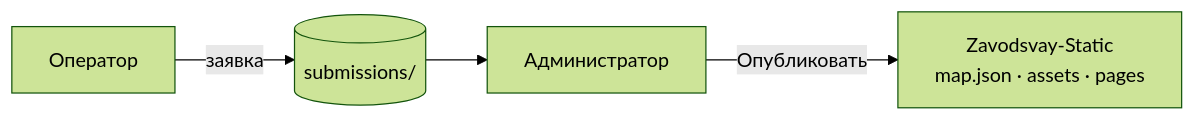
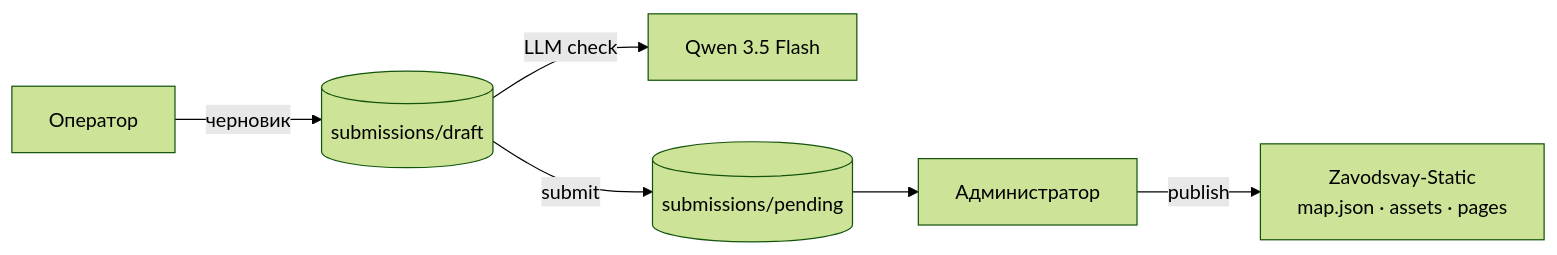
Before and after one commit to AlexanderKuzikov/MapControl: the diagram in README.md, drawn with Mermaid (forest theme). The commit also changed other lines of this file, not shown here.

Commit message:
docs: update README to reflect current MVP and RouterAI-based LLM setup

````diff
--- a/README.md
+++ b/README.md
@@ -50,6 +61,8 @@
 ```mermaid
 flowchart LR
-  OP[Оператор] -->|заявка| BUF[(submissions/)]
-  BUF --> ADM[Администратор]
-  ADM -->|Опубликовать| SITE[Zavodsvay-Static<br/>map.json · assets · pages]
+  OP[Оператор] -->|черновик| DRAFT[(submissions/draft)]
+  DRAFT -->|LLM check| LLM[Qwen 3.5 Flash]
+  DRAFT -->|submit| PENDING[(submissions/pending)]
+  PENDING --> ADM[Администратор]
+  ADM -->|publish| SITE[Zavodsvay-Static<br/>map.json · assets · pages]
 ```
````
